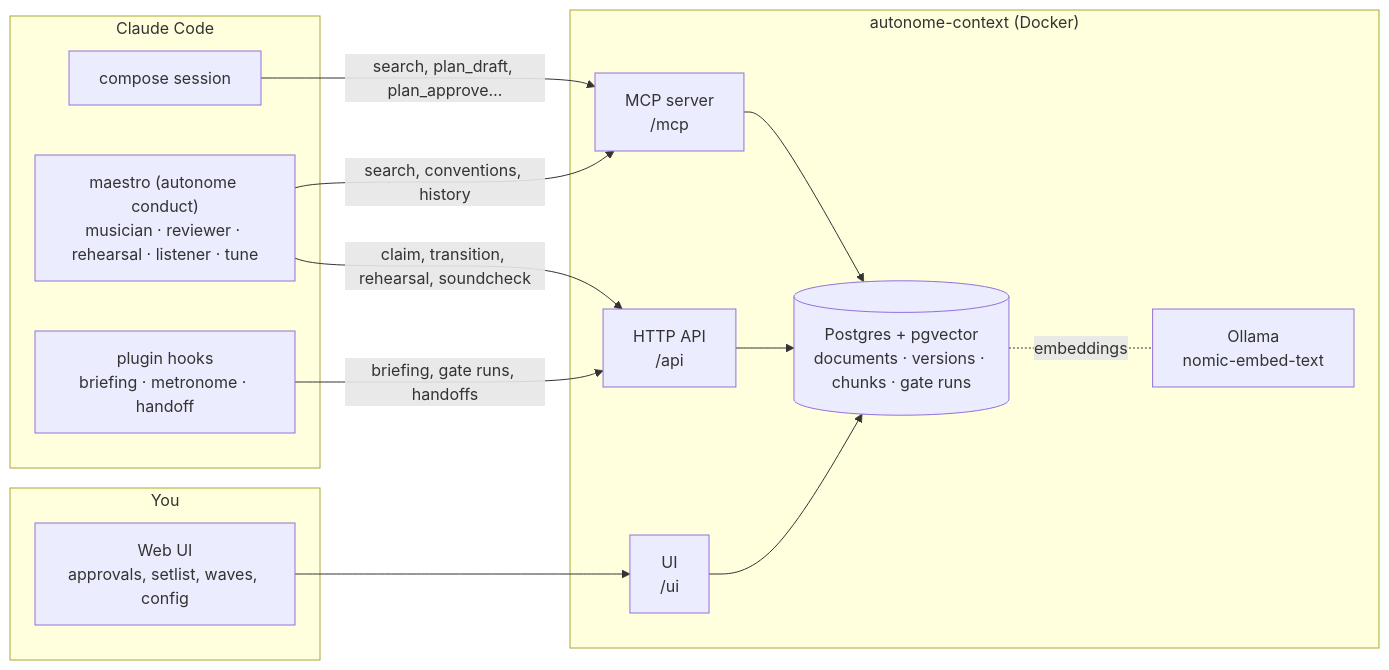
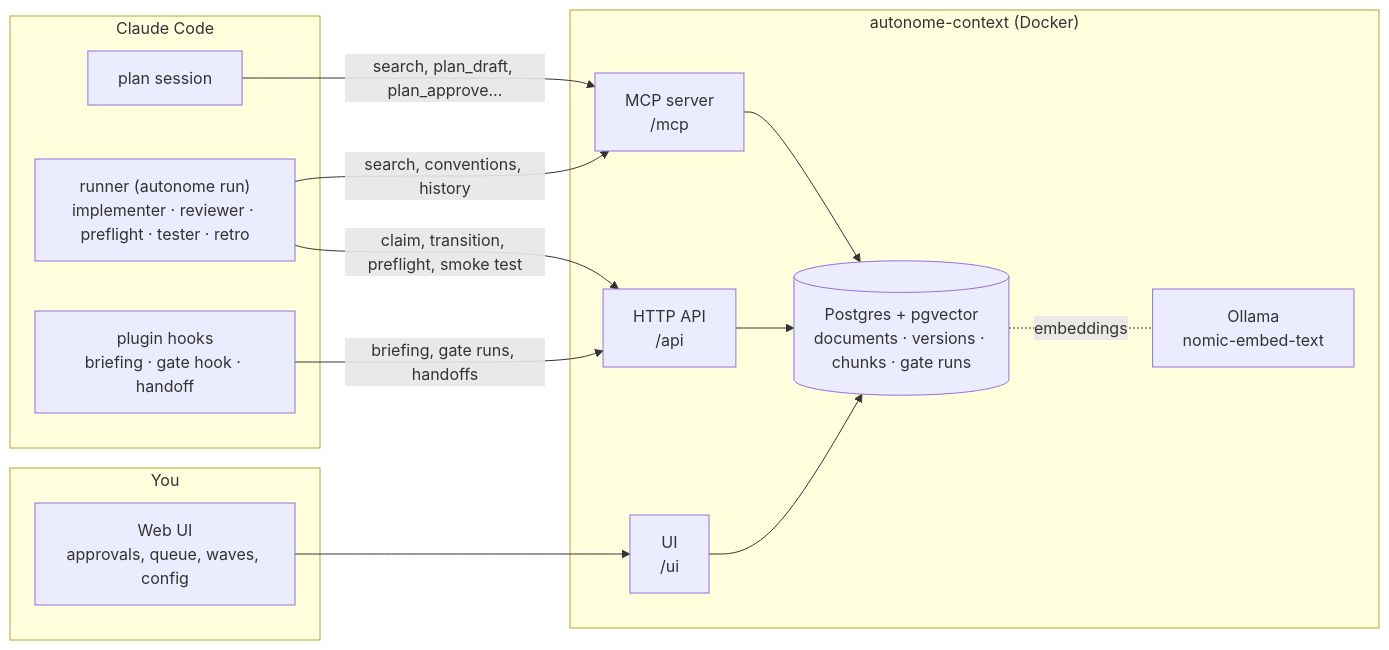
The first of 6 diagrams in docs/memory.md (ddmfuhrmann/autonome), drawn with Mermaid before and after one commit. The commit also changed other lines of this file and 14 other files, not shown here.

````diff
--- a/docs/memory.md
+++ b/docs/memory.md
@@ -9,25 +9,25 @@
 ```mermaid
 flowchart LR
   subgraph you["You"]
-    ui["Web UI<br/>approvals, setlist, waves, config"]
+    ui["Web UI<br/>approvals, queue, waves, config"]
   end
   subgraph claude["Claude Code"]
-    compose["compose session"]
-    hooks["plugin hooks<br/>briefing · metronome · handoff"]
-    maestro["maestro (autonome conduct)<br/>musician · reviewer · rehearsal · listener · tune"]
+    plan["plan session"]
+    hooks["plugin hooks<br/>briefing · gate hook · handoff"]
+    runner["runner (autonome run)<br/>implementer · reviewer · preflight · tester · retro"]
   end
   subgraph context["autonome-context (Docker)"]
     mcp["MCP server<br/>/mcp"]
     api["HTTP API<br/>/api"]
     web["UI<br/>/ui"]
     db[("Postgres + pgvector<br/>documents · versions · chunks · gate runs")]
     ollama["Ollama<br/>nomic-embed-text"]
   end
-  compose -- "search, plan_draft, plan_approve…" --> mcp
-  maestro -- "claim, transition, rehearsal, soundcheck" --> api
-  maestro -- "search, conventions, history" --> mcp
+  plan -- "search, plan_draft, plan_approve…" --> mcp
+  runner -- "claim, transition, preflight, smoke test" --> api
+  runner -- "search, conventions, history" --> mcp
   hooks -- "briefing, gate runs, handoffs" --> api
   ui --> web
   mcp & api & web --> db
   db -. "embeddings" .- ollama
 ```
````
